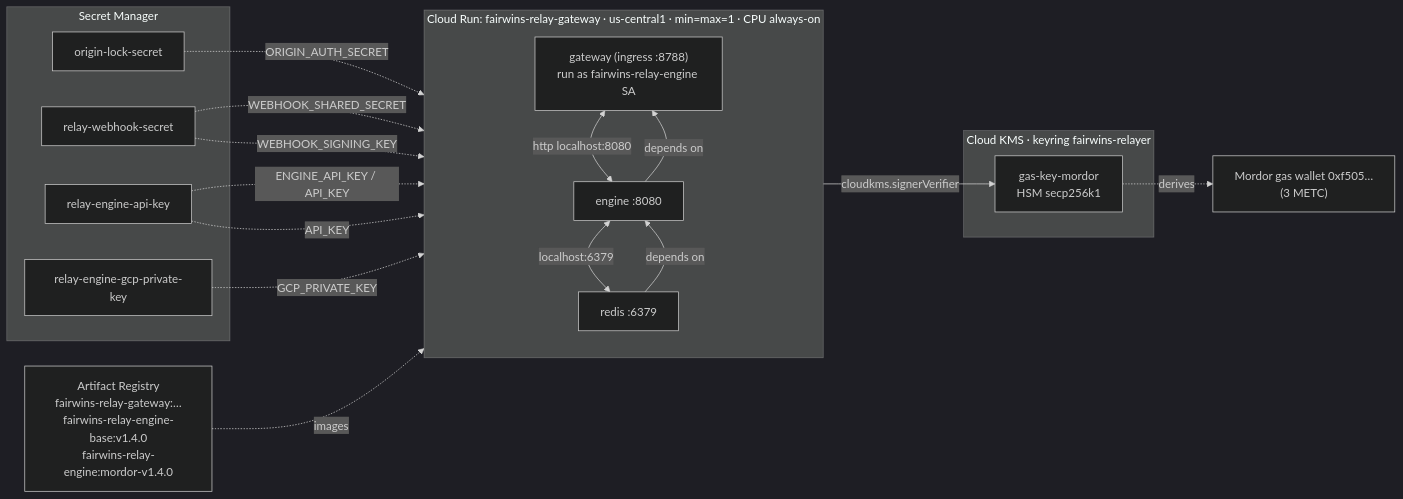
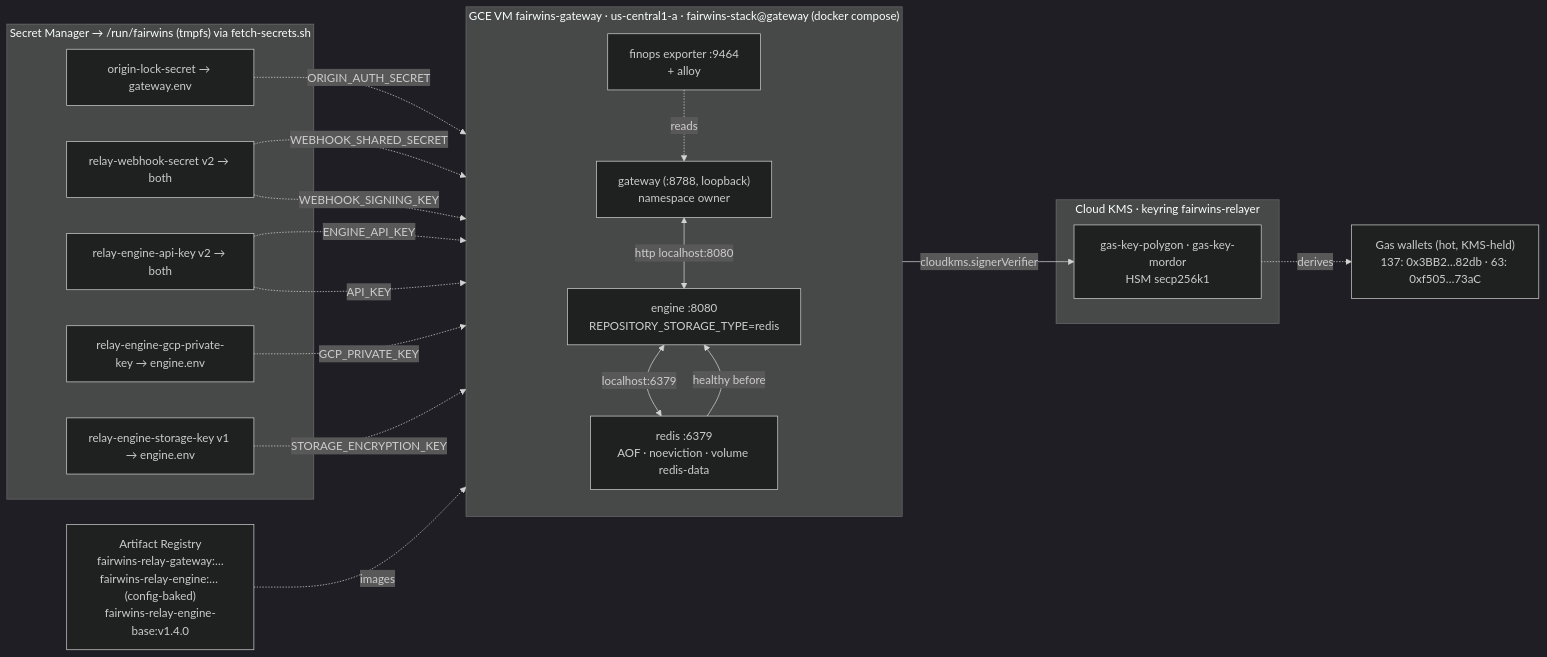
The second of 3 diagrams in docs/architecture/relayer-infrastructure.md (chippr-robotics/fairwins-platform), drawn with Mermaid (dark theme) before and after one commit. The commit also changed other lines of this file and 5 other files, not shown here.

First line of the commit message:
docs(relayer): record the GCE VM estate as production; retire Cloud Run as history

````diff
--- a/docs/architecture/relayer-infrastructure.md
+++ b/docs/architecture/relayer-infrastructure.md
@@ -77,36 +89,40 @@
 ```mermaid
 flowchart LR
-    subgraph svc["Cloud Run: fairwins-relay-gateway · us-central1 · min=max=1 · CPU always-on"]
+    subgraph vm["GCE VM fairwins-gateway · us-central1-a · fairwins-stack@gateway (docker compose)"]
         direction TB
-        G["gateway (ingress :8788)<br/>run as fairwins-relay-engine SA"]
-        E["engine :8080"]
-        R["redis :6379"]
-        R -->|"depends on"| E -->|"depends on"| G
+        G["gateway (:8788, loopback)<br/>namespace owner"]
+        E["engine :8080<br/>REPOSITORY_STORAGE_TYPE=redis"]
+        R["redis :6379<br/>AOF · noeviction · volume redis-data"]
+        F["finops exporter :9464<br/>+ alloy"]
+        R -->|"healthy before"| E
         G <-->|"http localhost:8080"| E
         E <-->|"localhost:6379"| R
+        F -.->|"reads"| G
     end
 
-    subgraph sm["Secret Manager"]
-        S1["origin-lock-secret"]
-        S2["relay-webhook-secret"]
-        S3["relay-engine-api-key"]
-        S4["relay-engine-gcp-private-key"]
+    subgraph sm["Secret Manager → /run/fairwins (tmpfs) via fetch-secrets.sh"]
+        S1["origin-lock-secret → gateway.env"]
+        S2["relay-webhook-secret v2 → both"]
+        S3["relay-engine-api-key v2 → both"]
+        S4["relay-engine-gcp-private-key → engine.env"]
+        S5["relay-engine-storage-key v1 → engine.env"]
     end
 
     subgraph kms["Cloud KMS · keyring fairwins-relayer"]
-        K["gas-key-mordor<br/>HSM secp256k1"]
+        K["gas-key-polygon · gas-key-mordor<br/>HSM secp256k1"]
     end
 
-    IMG["Artifact Registry<br/>fairwins-relay-gateway:…<br/>fairwins-relay-engine-base:v1.4.0<br/>fairwins-relay-engine:mordor-v1.4.0"]
-    GASW["Mordor gas wallet 0xf505…<br/>(3 METC)"]
+    IMG["Artifact Registry<br/>fairwins-relay-gateway:…<br/>fairwins-relay-engine:… (config-baked)<br/>fairwins-relay-engine-base:v1.4.0"]
+    GASW["Gas wallets (hot, KMS-held)<br/>137: 0x3BB2…82db · 63: 0xf505…73aC"]
 
     S1 -. "ORIGIN_AUTH_SECRET" .-> G
     S2 -. "WEBHOOK_SHARED_SECRET" .-> G
-    S3 -. "ENGINE_API_KEY / API_KEY" .-> G
+    S3 -. "ENGINE_API_KEY" .-> G
     S2 -. "WEBHOOK_SIGNING_KEY" .-> E
     S3 -. "API_KEY" .-> E
     S4 -. "GCP_PRIVATE_KEY" .-> E
+    S5 -. "STORAGE_ENCRYPTION_KEY" .-> E
     E -->|"cloudkms.signerVerifier"| K
     K -. "derives" .-> GASW
-    IMG -. "images" .-> svc
+    IMG -. "images" .-> vm
 ```
````
